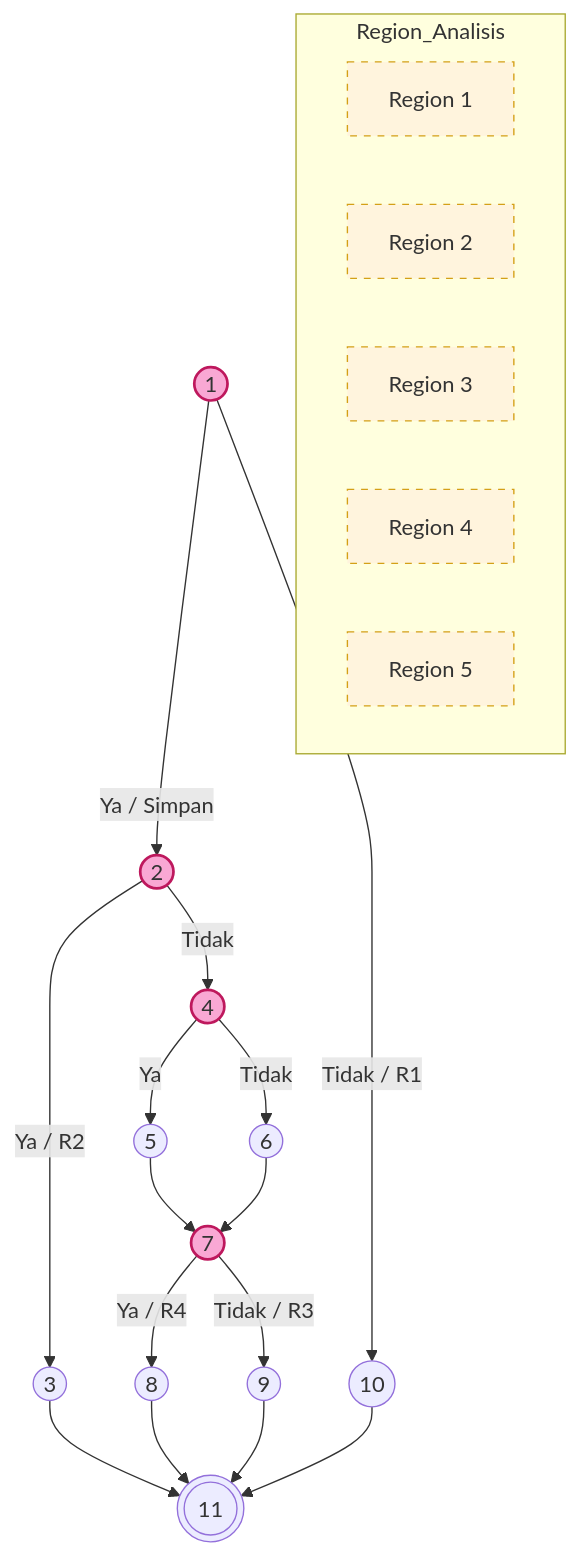
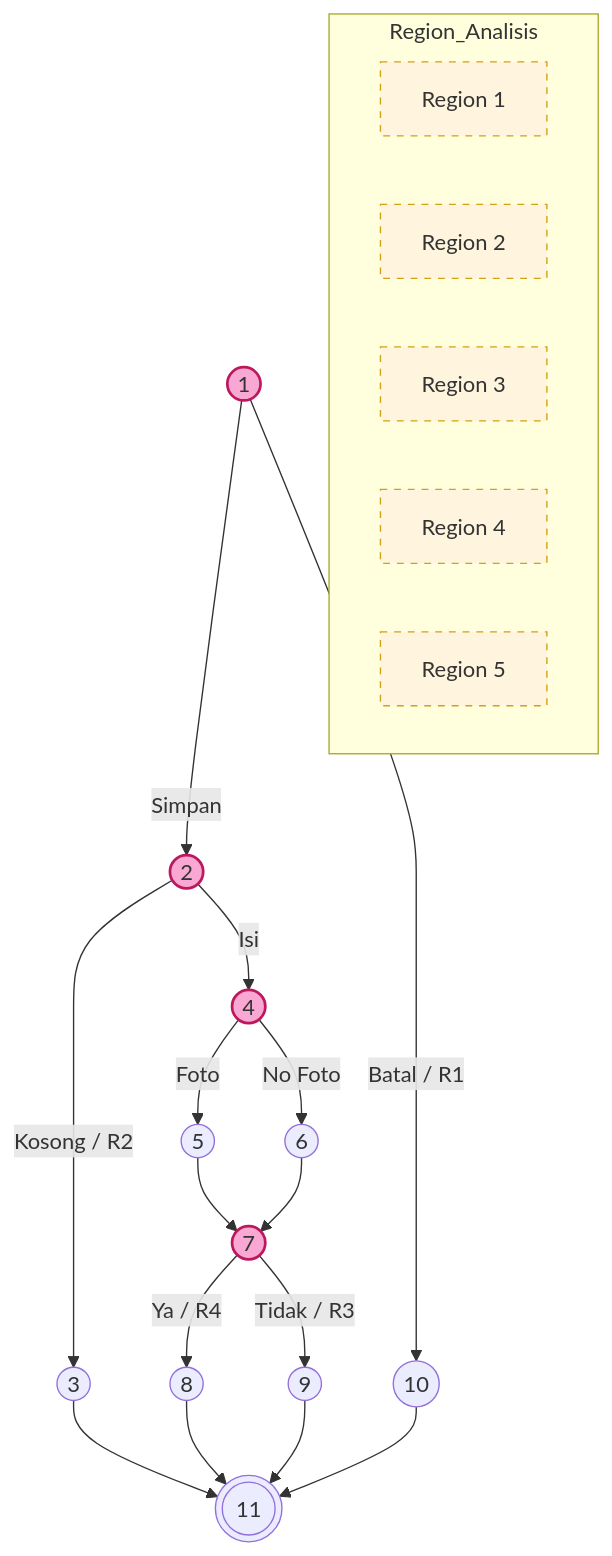
Before and after one commit to arbain-dev/Web_fikom: the sixth of 6 diagrams in docs/07_PENGUJIAN_WHITE_BOX.md, drawn with Mermaid. The commit also changed other lines of this file, not shown here.

````diff
--- a/docs/07_PENGUJIAN_WHITE_BOX.md
+++ b/docs/07_PENGUJIAN_WHITE_BOX.md
@@ -223,25 +278,25 @@
 ```mermaid
 graph TD
     classDef predicate fill:#f9a8d4,stroke:#be185d,stroke-width:2px;
     classDef region fill:#fff4dd,stroke:#d4a017,stroke-dasharray: 5 5;
 
-    1((1)):::predicate -->|Ya / Simpan| 2((2)):::predicate
-    1 -->|Tidak / R1| 10((10))
-    2 -->|Ya / R2| 3((3))
-    2 -->|Tidak| 4((4)):::predicate
-    4 -->|Ya| 5((5))
-    4 -->|Tidak| 6((6))
+    1((1)):::predicate -->|Simpan| 2((2)):::predicate
+    1 -->|Batal / R1| 10((10))
+    2 -->|Kosong / R2| 3((3))
+    2 -->|Isi| 4((4)):::predicate
+    4 -->|Foto| 5((5))
+    4 -->|No Foto| 6((6))
     5 --> 7((7)):::predicate
     6 --> 7
     7 -->|Ya / R4| 8((8))
     7 -->|Tidak / R3| 9((9))
     3 & 8 & 9 & 10 --> 11(((11)))
 
     subgraph Region_Analisis
         R1[Region 1]:::region
         R2[Region 2]:::region
         R3[Region 3]:::region
         R4[Region 4]:::region
         R5[Region 5]:::region
     end
 ```
````
